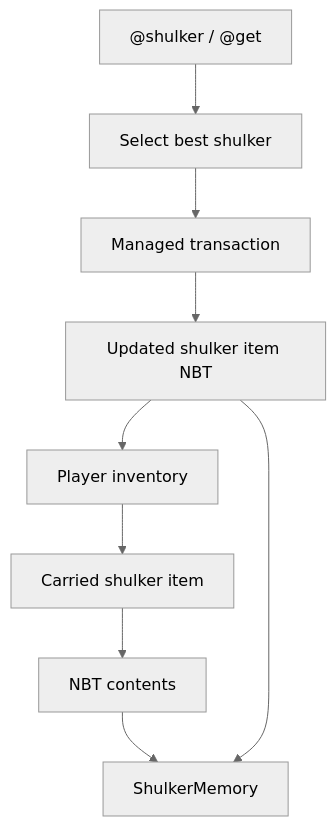
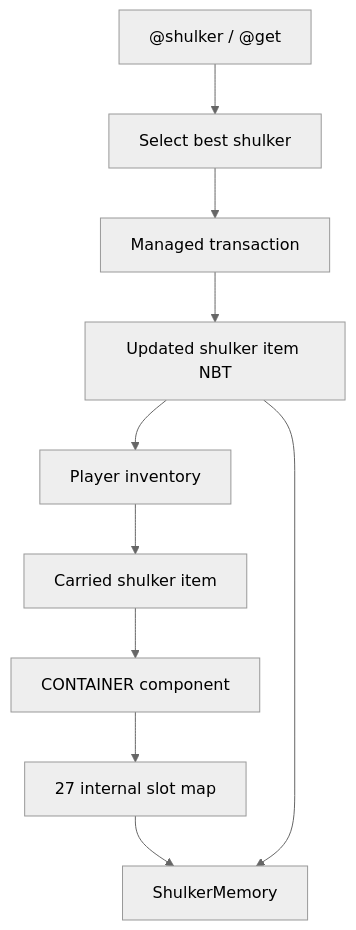
One commit to unaveragetech/Belfegor changed the first of 4 diagrams in docs/SHULKER_MANAGEMENT.md. Above: the diagram before and after it, drawn with Mermaid (neutral theme). The commit also changed other lines of this file and 117 other files, not shown here.

````diff
--- a/docs/SHULKER_MANAGEMENT.md
+++ b/docs/SHULKER_MANAGEMENT.md
@@ -7,11 +7,12 @@
 ```mermaid
 flowchart TD
     PlayerInv["Player inventory"] --> ShulkerItem["Carried shulker item"]
-    ShulkerItem --> NBT["NBT contents"]
-    NBT --> Memory["ShulkerMemory"]
+    ShulkerItem --> NBT["CONTAINER component"]
+    NBT --> Slots["27 internal slot map"]
+    Slots --> Memory["ShulkerMemory"]
     Command["@shulker / @get"] --> Selector["Select best shulker"]
     Selector --> Transaction["Managed transaction"]
     Transaction --> UpdatedNBT["Updated shulker item NBT"]
     UpdatedNBT --> PlayerInv
     UpdatedNBT --> Memory
 ```
````
